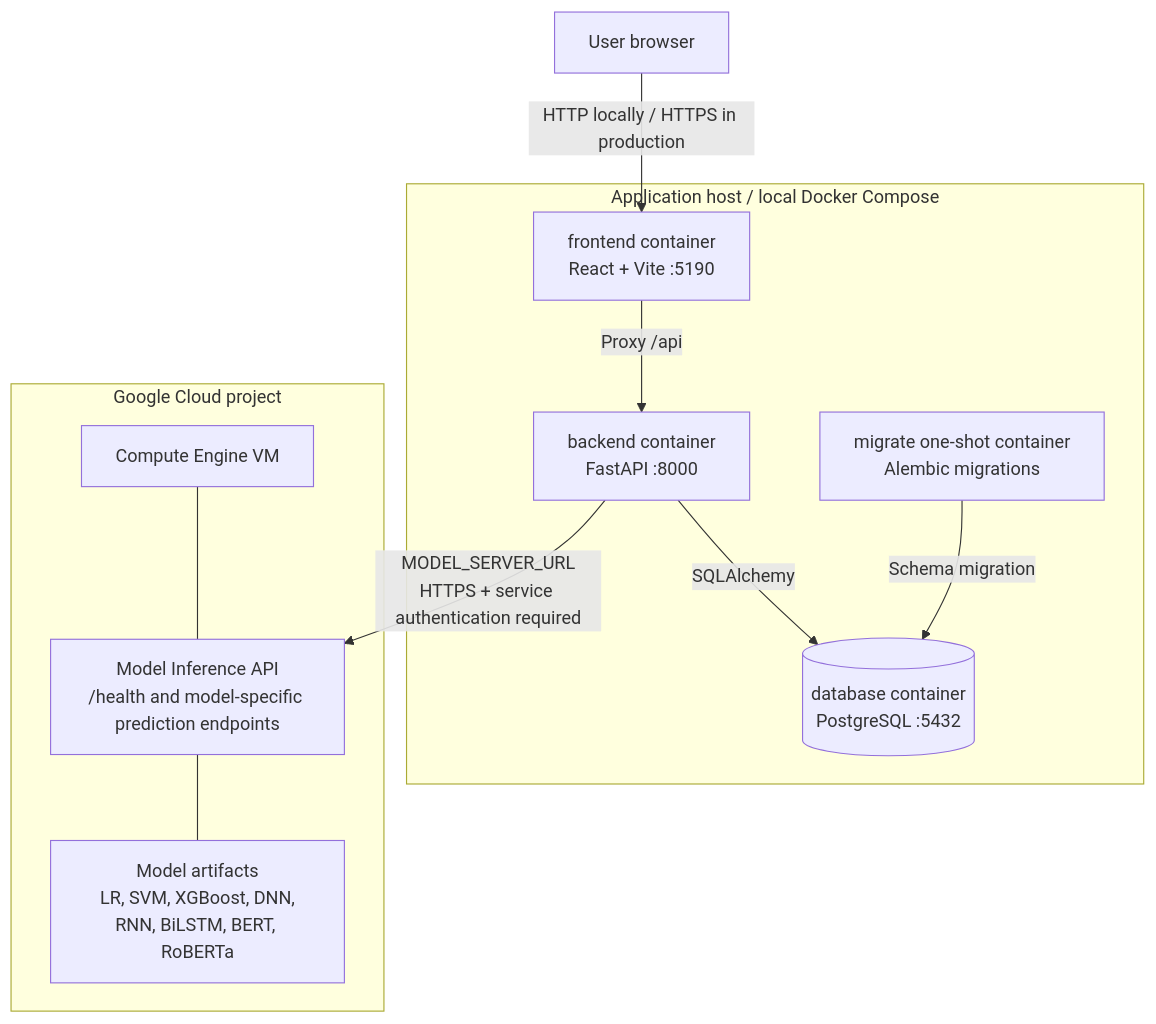
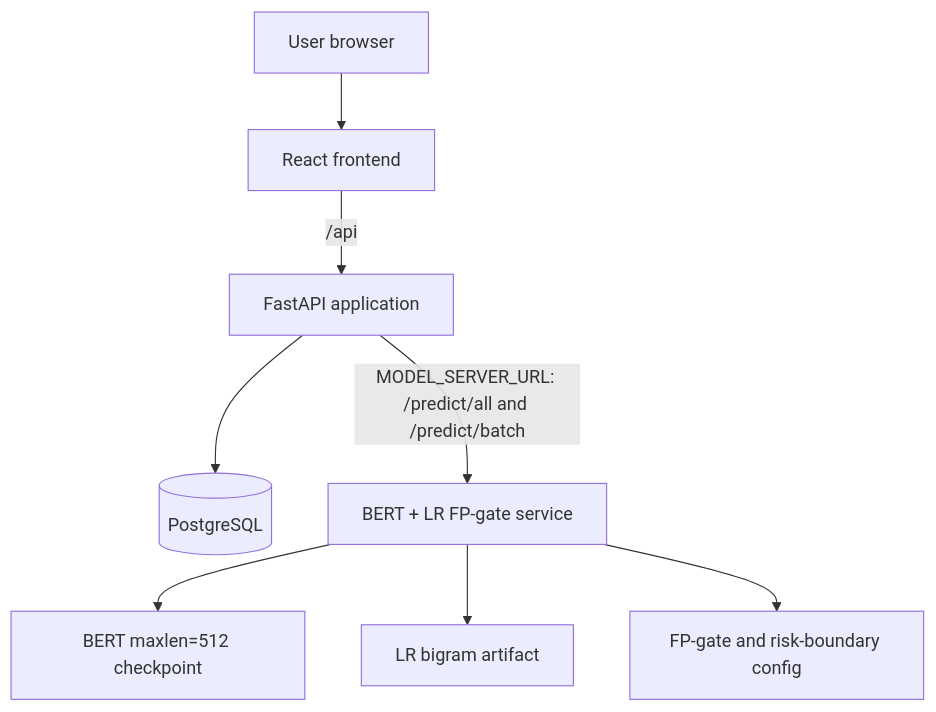
One commit to XinXie70/recruitment-fraud-detection-platform changed the diagram in docs/architecture/deployment.md. Above: the diagram before and after it, drawn with Mermaid. The commit also changed other lines of this file and 230 other files, not shown here.

Commit message:
refactor: switch runtime to FP-gate model service

````diff
--- a/docs/architecture/deployment.md
+++ b/docs/architecture/deployment.md
@@ -7,26 +3,10 @@
 ```mermaid
 flowchart TB
-    browser["User browser"]
-
-    subgraph host["Application host / local Docker Compose"]
-        frontend["frontend container<br/>React + Vite :5190"]
-        backend["backend container<br/>FastAPI :8000"]
-        migration["migrate one-shot container<br/>Alembic migrations"]
-        database[("database container<br/>PostgreSQL :5432")]
-
-        frontend -->|"Proxy /api"| backend
-        backend -->|"SQLAlchemy"| database
-        migration -->|"Schema migration"| database
-    end
-
-    subgraph gcp["Google Cloud project"]
-        vm["Compute Engine VM"]
-        model["Model Inference API<br/>/health and model-specific prediction endpoints"]
-        artifacts["Model artifacts<br/>LR, SVM, XGBoost, DNN,<br/>RNN, BiLSTM, BERT, RoBERTa"]
-        vm --- model
-        model --- artifacts
-    end
-
-    browser -->|"HTTP locally / HTTPS in production"| frontend
-    backend -->|"MODEL_SERVER_URL<br/>HTTPS + service authentication required"| model
+    browser["User browser"] --> frontend["React frontend"]
+    frontend -->|"/api"| backend["FastAPI application"]
+    backend --> database[("PostgreSQL")]
+    backend -->|"MODEL_SERVER_URL: /predict/all and /predict/batch"| model["BERT + LR FP-gate service"]
+    model --> bert["BERT maxlen=512 checkpoint"]
+    model --> lr["LR bigram artifact"]
+    model --> config["FP-gate and risk-boundary config"]
 ```
````
